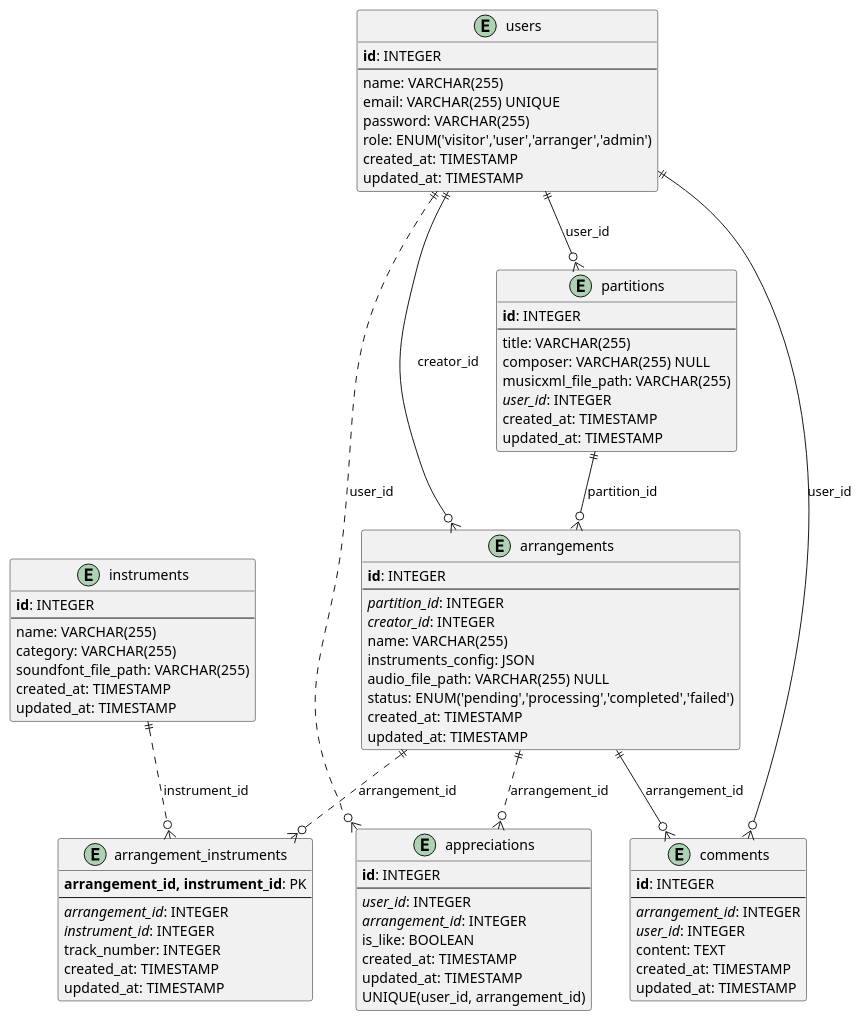
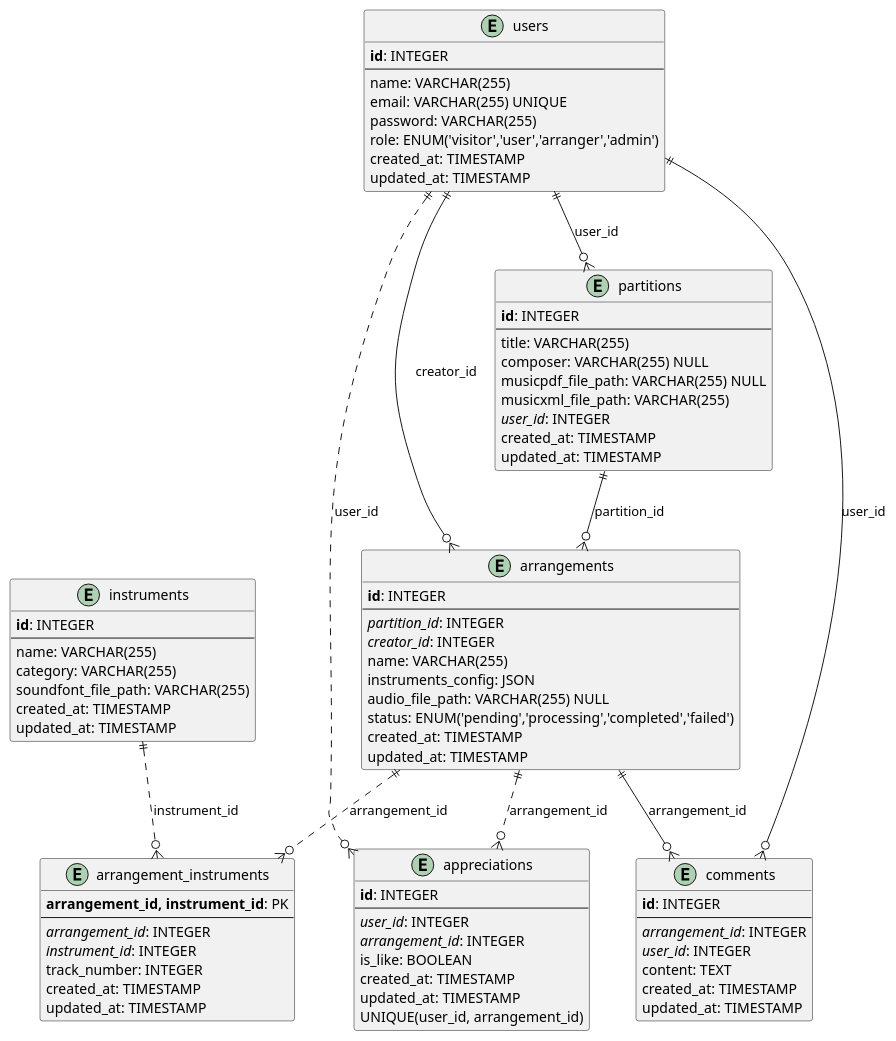
One commit to OretrO/Len-Synphonie changed the second of 2 diagrams in README.md. Above: the diagram before and after it, drawn with PlantUML. The commit also changed other lines of this file and 6 other files, not shown here.

```diff
--- a/README.md
+++ b/README.md
@@ -192,6 +194,7 @@
   --
   title: VARCHAR(255)
   composer: VARCHAR(255) NULL
+  musicpdf_file_path: VARCHAR(255) NULL
   musicxml_file_path: VARCHAR(255)
   <i>user_id</i>: INTEGER
   created_at: TIMESTAMP
```
